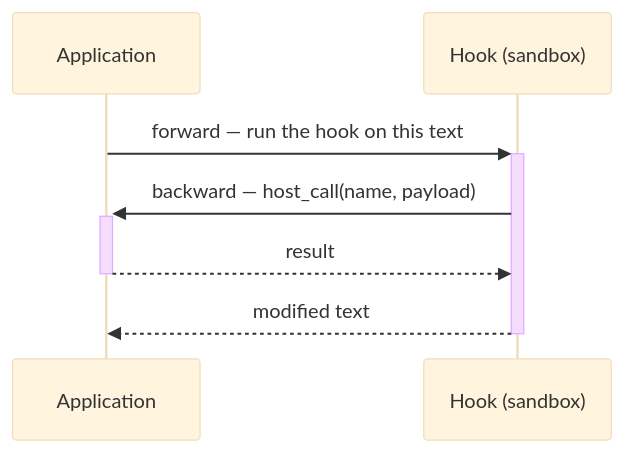
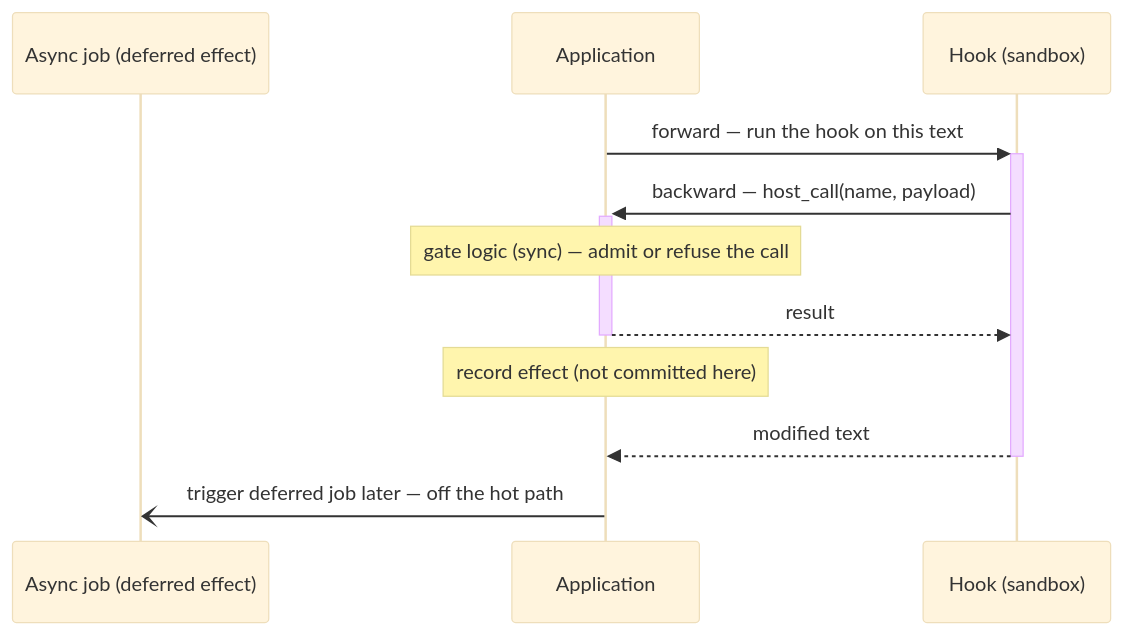
One commit to rst0070/rst0070.github.io changed the diagram in src/notes/26/06-08-rpc-from-sandbox-to-application.md. Above: the diagram before and after it, drawn with Mermaid (base theme). The commit also changed other lines of this file, not shown here.

````diff
--- a/src/notes/26/06-08-rpc-from-sandbox-to-application.md
+++ b/src/notes/26/06-08-rpc-from-sandbox-to-application.md
@@ -47,10 +49,14 @@
 ```mermaid
 sequenceDiagram
+    participant J as Async job (deferred effect)
     participant A as Application
     participant H as Hook (sandbox)
 
     A->>+H: forward — run the hook on this text
     H->>+A: backward — host_call(name, payload)
+    Note over A: gate logic (sync) — admit or refuse the call
     A-->>-H: result
+    Note over A: record effect (not committed here)
     H-->>-A: modified text
+    A-)J: trigger deferred job later — off the hot path
 ```
````
